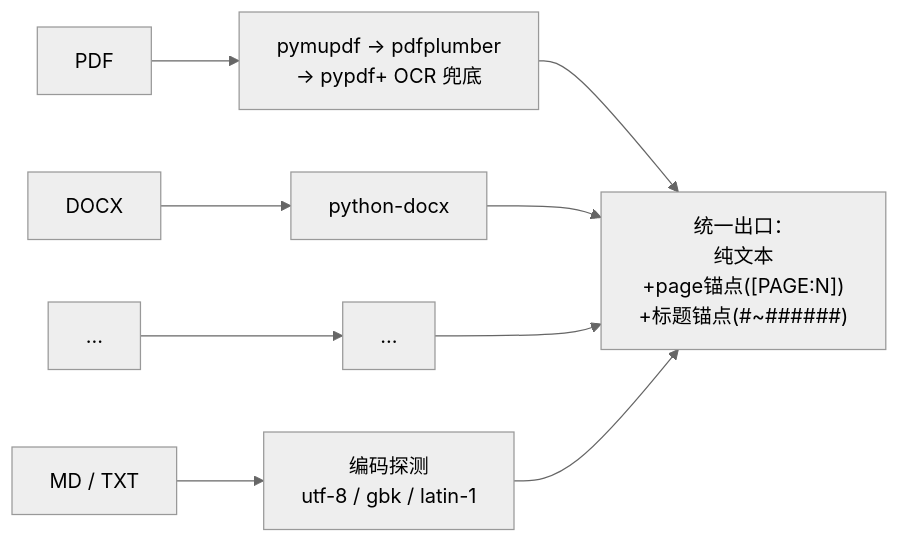
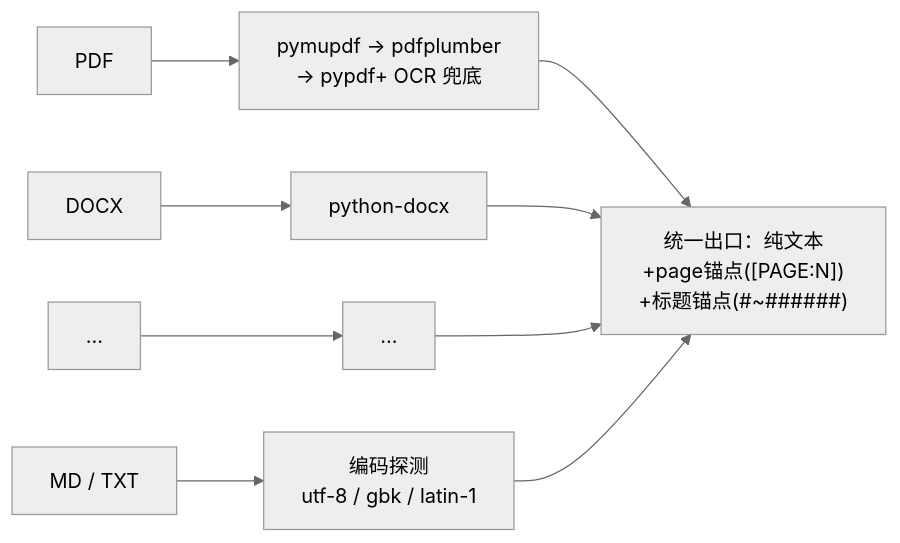
The third of 27 diagrams in docs/design.md (michaelwangzhenan/AgentA), drawn with Mermaid (neutral theme) before and after one commit. The commit also changed other lines of this file and 13 other files, not shown here.

````diff
--- a/docs/design.md
+++ b/docs/design.md
@@ -116,11 +114,11 @@
 ```mermaid
 flowchart LR
     F1["PDF"] --> P1["pymupdf → pdfplumber<br/> → pypdf+ OCR 兜底"]
     F2["DOCX"] --> P2["python-docx"]
     F3["..."] --> P3["..."]
     F4["MD / TXT"] --> P4["编码探测<br/>utf-8 / gbk / latin-1"]
-    P1 --> O["统一出口：<br/>纯文本<br/> +page锚点([PAGE:N]) <br/> +标题锚点(#~######)"]
+    P1 --> O["统一出口：纯文本<br/> +page锚点([PAGE:N]) <br/> +标题锚点(#~######)"]
     P2 --> O
     P3 --> O
     P4 --> O
 ```
````
